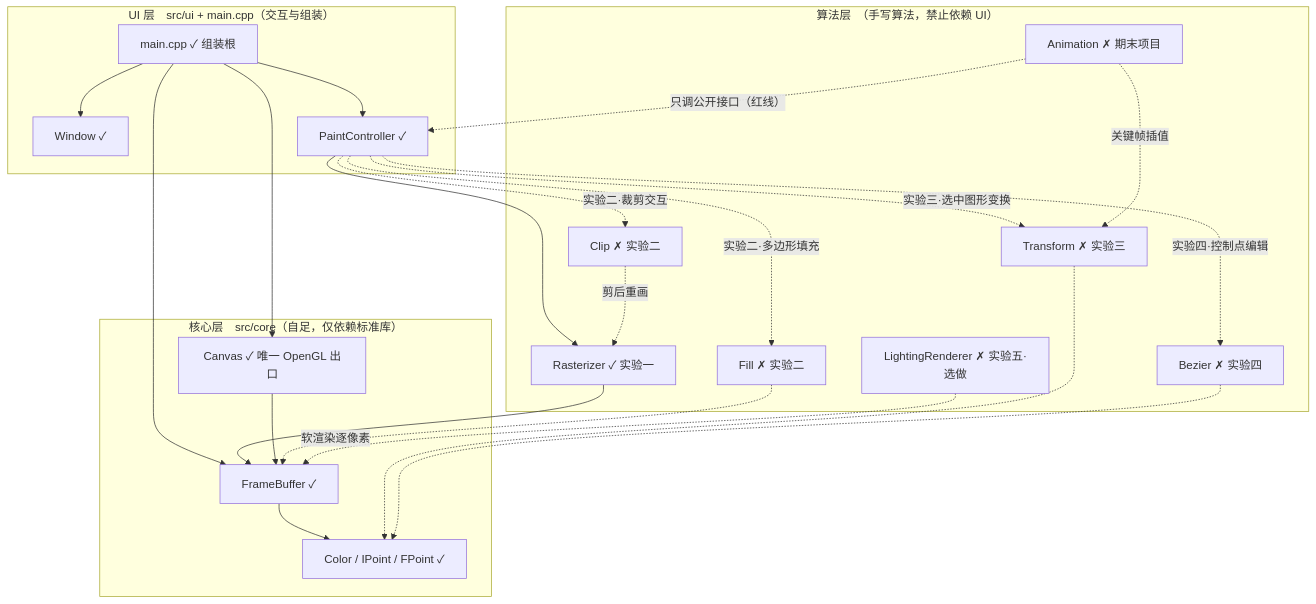
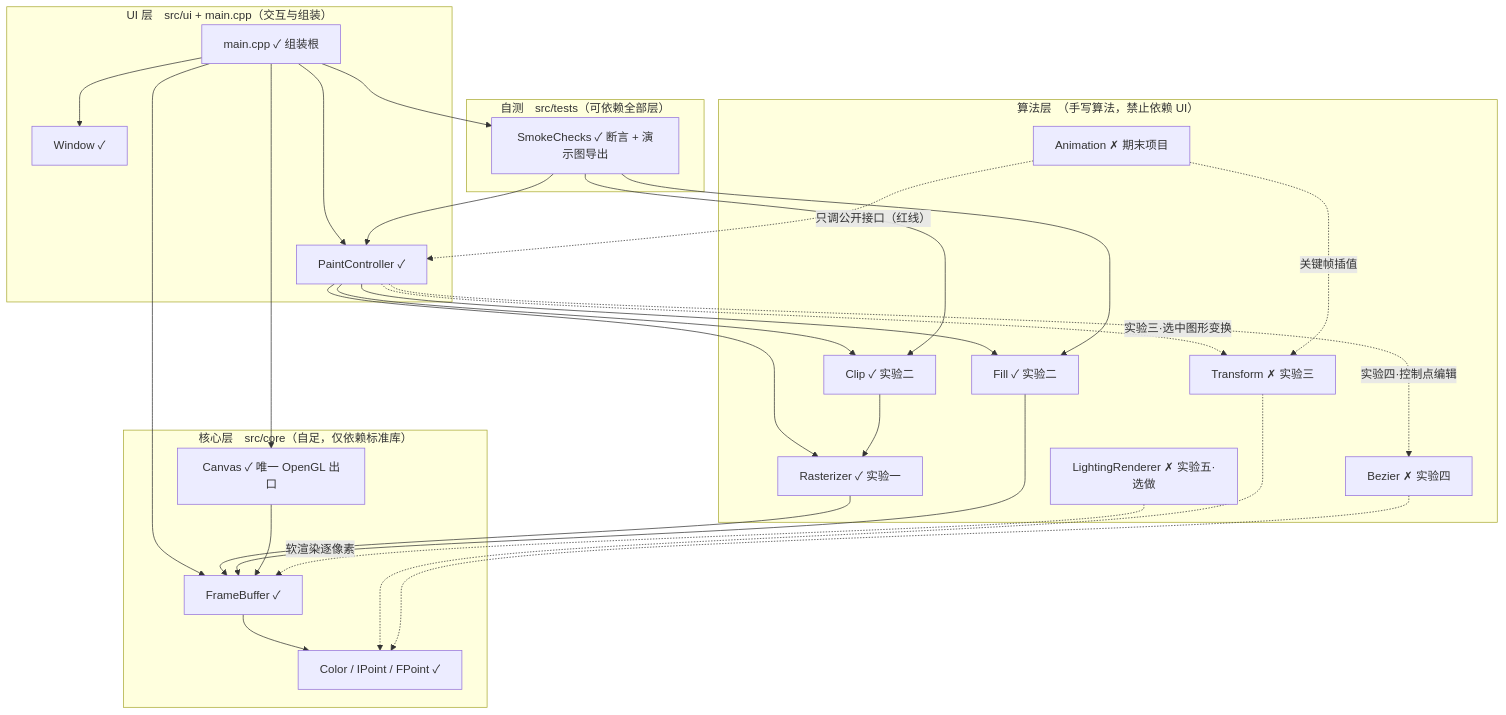
The first of 3 diagrams in docs/架构设计.md (zmdld11/SHU-Computer-Graphics), drawn with Mermaid before and after one commit. The commit also changed other lines of this file and 18 other files, not shown here.

First line of the commit message:
feat: 实验二——二维图形的填充与裁剪（扫描线填充 / 种子填充 / 线段裁剪） (#28)

````diff
--- a/docs/架构设计.md
+++ b/docs/架构设计.md
@@ -9,43 +9,50 @@
 ```mermaid
 graph TB
     subgraph UI["UI 层　src/ui + main.cpp（交互与组装）"]
         MAIN["main.cpp ✓ 组装根"]
         WIN["Window ✓"]
         PC["PaintController ✓"]
     end
     subgraph ALG["算法层　（手写算法，禁止依赖 UI）"]
         RAS["Rasterizer ✓ 实验一"]
-        FILL["Fill ✗ 实验二"]
-        CLIP["Clip ✗ 实验二"]
+        FILL["Fill ✓ 实验二"]
+        CLIP["Clip ✓ 实验二"]
         TRA["Transform ✗ 实验三"]
         BEZ["Bezier ✗ 实验四"]
         LIGHT["LightingRenderer ✗ 实验五·选做"]
         ANIM["Animation ✗ 期末项目"]
     end
     subgraph CORE["核心层　src/core（自足，仅依赖标准库）"]
         FB["FrameBuffer ✓"]
         CAN["Canvas ✓ 唯一 OpenGL 出口"]
         CP["Color / IPoint / FPoint ✓"]
     end
+    subgraph TEST["自测　src/tests（可依赖全部层）"]
+        SMOKE["SmokeChecks ✓ 断言 + 演示图导出"]
+    end
 
     MAIN --> WIN
     MAIN --> PC
     MAIN --> CAN
     MAIN --> FB
+    MAIN --> SMOKE
     PC --> RAS
+    PC --> FILL
+    PC --> CLIP
     RAS --> FB
+    FILL --> FB
+    CLIP --> RAS
     CAN --> FB
     FB --> CP
+    SMOKE --> FILL
+    SMOKE --> CLIP
+    SMOKE --> PC
 
-    PC -. 实验二·多边形填充 .-> FILL
-    PC -. 实验二·裁剪交互 .-> CLIP
     PC -. 实验三·选中图形变换 .-> TRA
     PC -. 实验四·控制点编辑 .-> BEZ
     ANIM -. 只调公开接口（红线） .-> PC
     ANIM -. 关键帧插值 .-> TRA
-    FILL -.-> FB
-    CLIP -. 剪后重画 .-> RAS
     TRA -.-> CP
     BEZ -.-> CP
     LIGHT -. 软渲染逐像素 .-> FB
 ```
````
